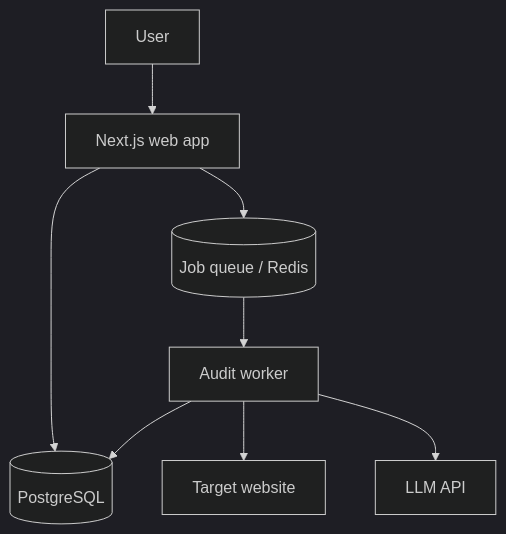
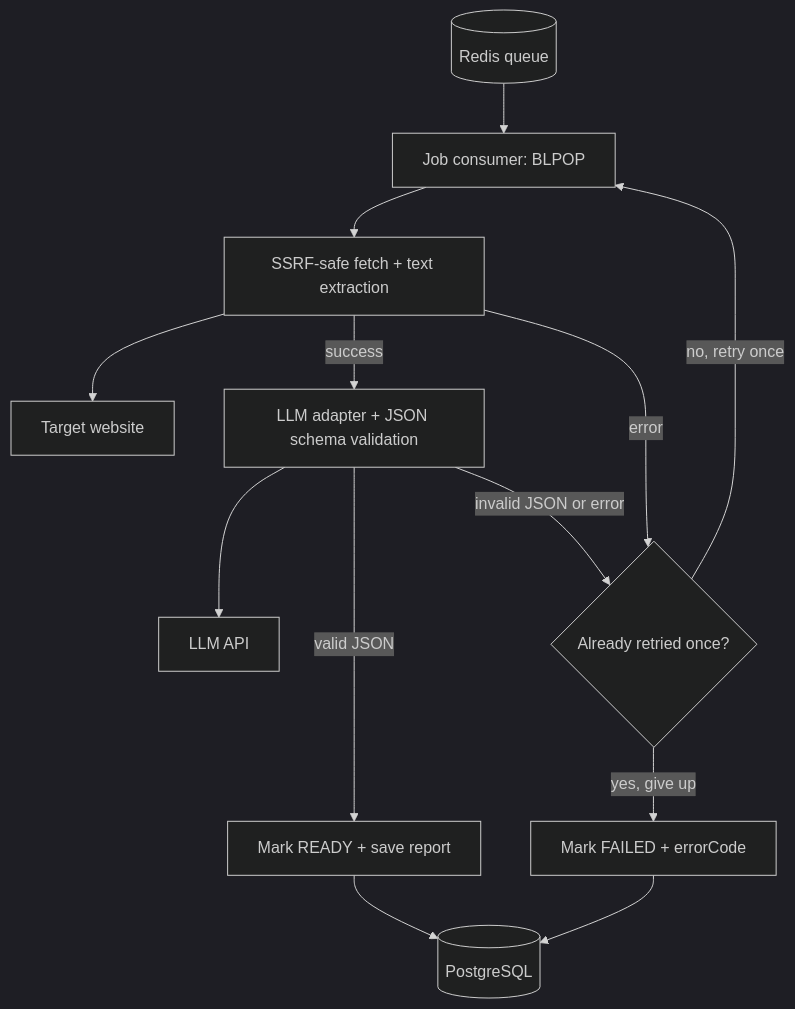
One commit to Luxion07/sitegap-ai changed the ninth of 12 diagrams in docs/ARCHITECTURE.md. Above: the diagram before and after it, drawn with Mermaid (dark theme). The commit also changed other lines of this file and 1 other file, not shown here.

First line of the commit message:
docs(architecture): make the Go worker stage the current design

````diff
--- a/docs/ARCHITECTURE.md
+++ b/docs/ARCHITECTURE.md
@@ -265,19 +307,26 @@
 ```mermaid
 flowchart TB
-  User[User]
-  Web[Next.js web app]
-  Queue[(Job queue / Redis)]
-  Worker[Audit worker]
+  Queue[(Redis queue)]
+  Consumer[Job consumer: BLPOP]
+  Fetch[SSRF-safe fetch + text extraction]
+  AI[LLM adapter + JSON schema validation]
+  Retry{Already retried once?}
+  Ready[Mark READY + save report]
+  Fail[Mark FAILED + errorCode]
   DB[(PostgreSQL)]
   LLM[LLM API]
   Website[Target website]
 
-  User --> Web
-  Web --> DB
-  Web --> Queue
-
-  Queue --> Worker
-  Worker --> Website
-  Worker --> LLM
-  Worker --> DB
+  Queue --> Consumer
+  Consumer --> Fetch
+  Fetch --> Website
+  Fetch -->|success| AI
+  Fetch -->|error| Retry
+  AI --> LLM
+  AI -->|valid JSON| Ready
+  AI -->|invalid JSON or error| Retry
+  Retry -->|no, retry once| Consumer
+  Retry -->|yes, give up| Fail
+  Ready --> DB
+  Fail --> DB
 ```
````
